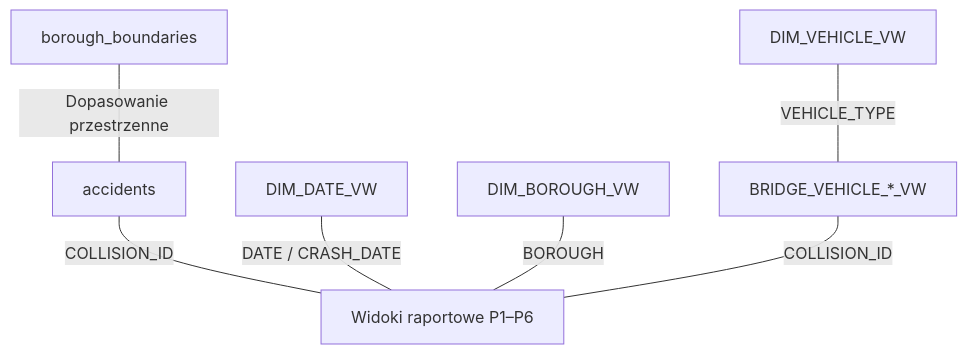
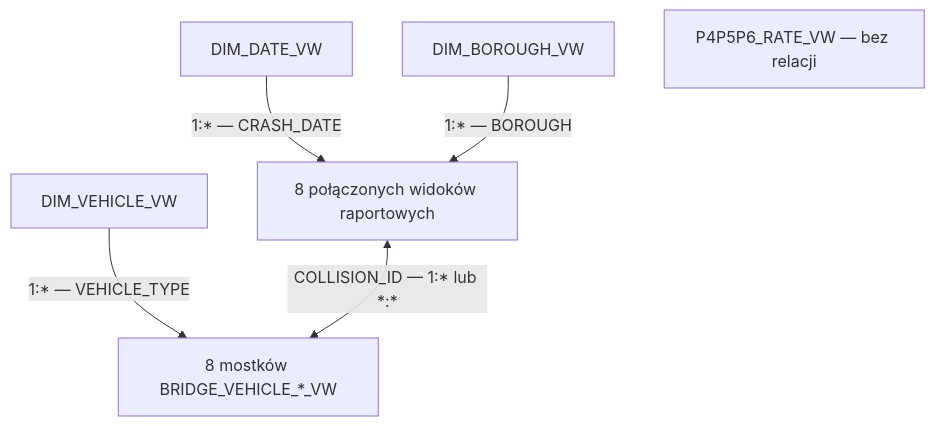
The diagram in 1/README.md (PBugowski/PBugowski.github.io), drawn with Mermaid before and after one commit. The commit also changed other lines of this file, not shown here.

````diff
--- a/1/README.md
+++ b/1/README.md
@@ -268,9 +284,8 @@
 ```mermaid
 flowchart TD
-    A["accidents"] ---|"COLLISION_ID"| R["Widoki raportowe P1–P6"]
-    G["borough_boundaries"] ---|"Dopasowanie przestrzenne"| A
-    D["DIM_DATE_VW"] ---|"DATE / CRASH_DATE"| R
-    B["DIM_BOROUGH_VW"] ---|"BOROUGH"| R
-    V["DIM_VEHICLE_VW"] ---|"VEHICLE_TYPE"| K["BRIDGE_VEHICLE_*_VW"]
-    K ---|"COLLISION_ID"| R
+    D["DIM_DATE_VW"] -->|"1:* — CRASH_DATE"| R["8 połączonych widoków raportowych"]
+    B["DIM_BOROUGH_VW"] -->|"1:* — BOROUGH"| R
+    V["DIM_VEHICLE_VW"] -->|"1:* — VEHICLE_TYPE"| K["8 mostków BRIDGE_VEHICLE_*_VW"]
+    R <-->|"COLLISION_ID — 1:* lub *:*"| K
+    S["P4P5P6_RATE_VW — bez relacji"]
 ```
````
